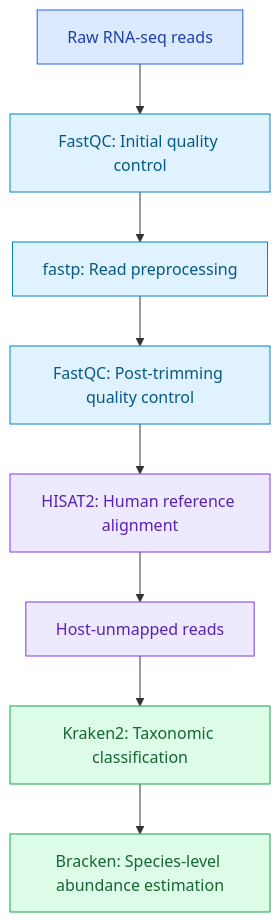
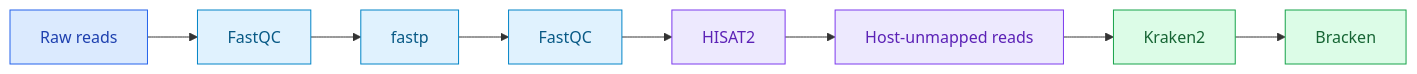
Before and after one commit to chrisweb-eng/host-unmapped-rnaseq-microbial-signatures: the first of 2 diagrams in README.md, drawn with Mermaid. The commit also changed other lines of this file, not shown here.

Commit message:
Improve workflow layout and fix PCoA figure

````diff
--- a/README.md
+++ b/README.md
@@ -32,20 +32,16 @@
 ```mermaid
-flowchart TD
-    A["Raw RNA-seq reads"] --> B["FastQC: Initial quality control"]
-    B --> C["fastp: Read preprocessing"]
-    C --> D["FastQC: Post-trimming quality control"]
-    D --> E["HISAT2: Human reference alignment"]
-    E --> F["Host-unmapped reads"]
-    F --> G["Kraken2: Taxonomic classification"]
-    G --> H["Bracken: Species-level abundance estimation"]
+flowchart LR
+    A["Raw reads"] --> B["FastQC"] --> C["fastp"]
+    C --> D["FastQC"] --> E["HISAT2"]
+    E --> F["Host-unmapped reads"] --> G["Kraken2"] --> H["Bracken"]
 
-    classDef input fill:#dbeafe,stroke:#2563eb,color:#1e40af;
-    classDef qc fill:#e0f2fe,stroke:#0284c7,color:#075985;
-    classDef alignment fill:#ede9fe,stroke:#7c3aed,color:#5b21b6;
-    classDef microbial fill:#dcfce7,stroke:#16a34a,color:#166534;
+    classDef input fill:#dbeafe,stroke:#2563eb,color:#1e40af
+    classDef qc fill:#e0f2fe,stroke:#0284c7,color:#075985
+    classDef alignment fill:#ede9fe,stroke:#7c3aed,color:#5b21b6
+    classDef microbial fill:#dcfce7,stroke:#16a34a,color:#166534
 
-    class A input;
-    class B,C,D qc;
-    class E,F alignment;
-    class G,H microbial;
+    class A input
+    class B,C,D qc
+    class E,F alignment
+    class G,H microbial
 ```
````
